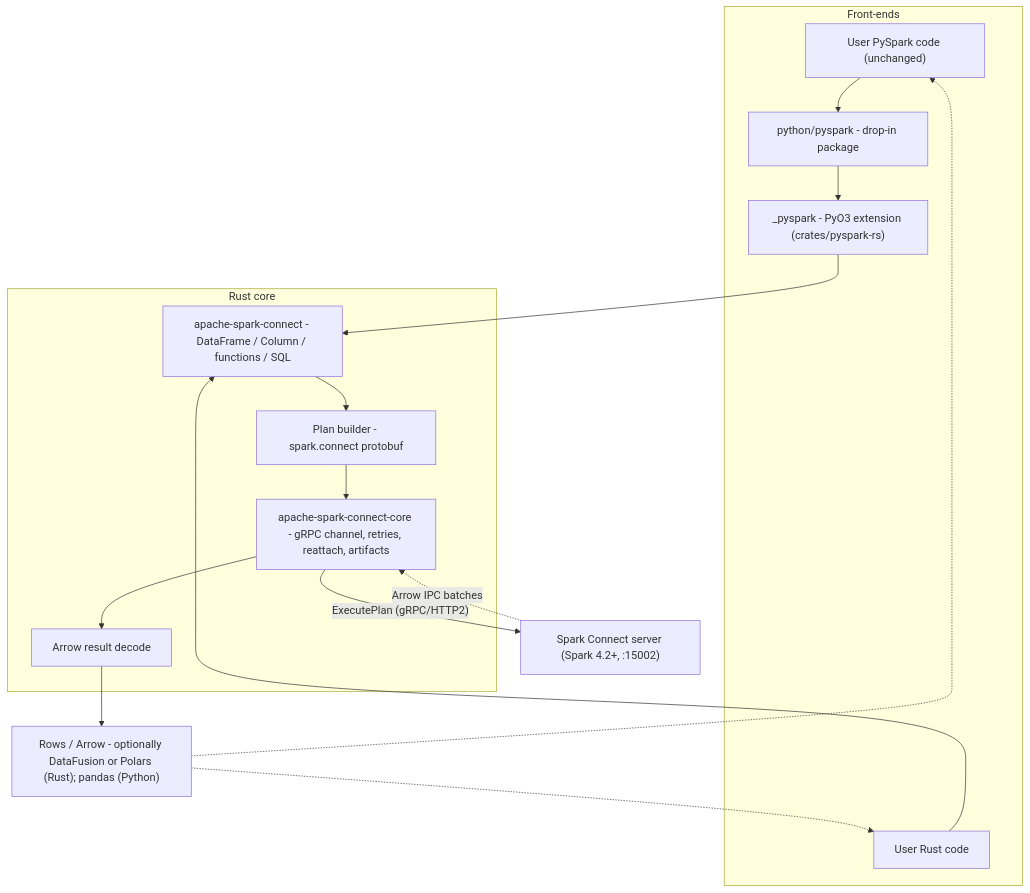
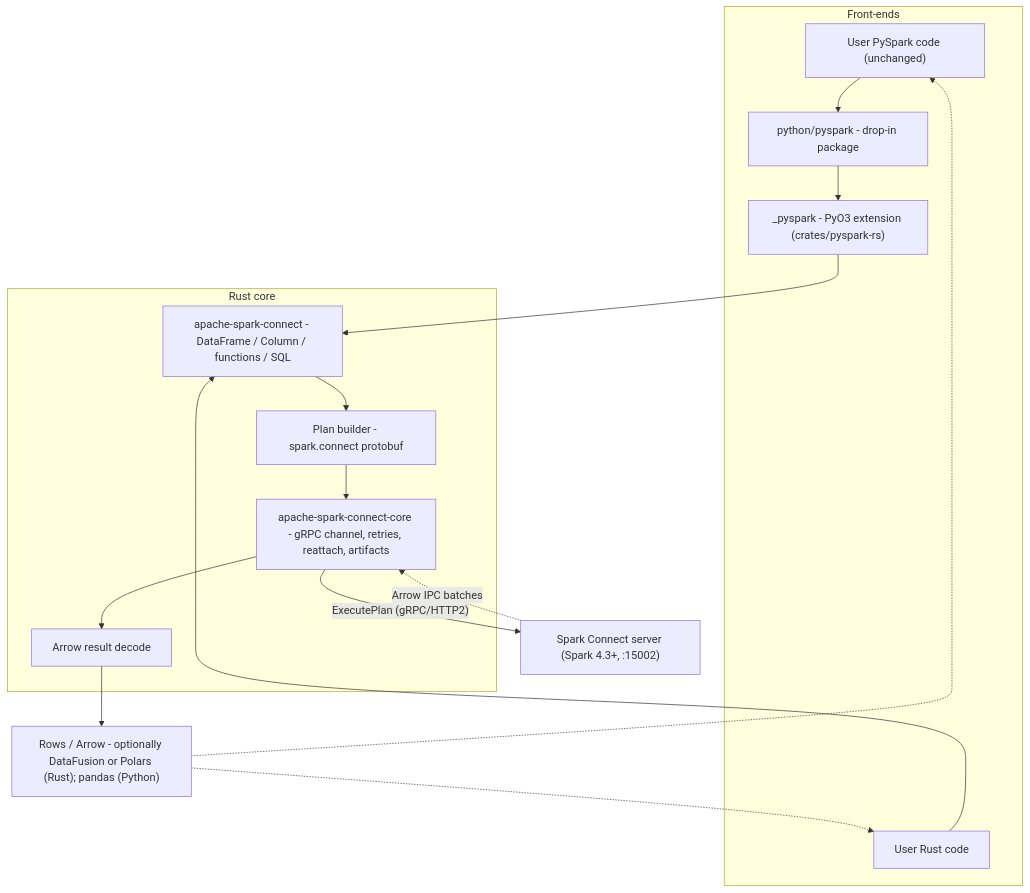
The first of 4 diagrams in docs/architecture.md (apache/spark-connect-rust), drawn with Mermaid before and after one commit. The commit also changed 94 other files, not shown here.

First line of the commit message:
[SPARK-59305][CONNECT] Track Apache Spark 4.3.0: retarget CI to the release, re-vendor upstream, and close 4.3.0 client gaps

````diff
--- a/docs/architecture.md
+++ b/docs/architecture.md
@@ -23,28 +23,28 @@
 ```mermaid
 flowchart TD
     subgraph front["Front-ends"]
         PY["User PySpark code (unchanged)"]
         SKIN["python/pyspark - drop-in package"]
         EXT["_pyspark - PyO3 extension (crates/pyspark-rs)"]
         RS["User Rust code"]
     end
 
     subgraph core["Rust core"]
         API["apache-spark-connect - DataFrame / Column / functions / SQL"]
         PLAN["Plan builder - spark.connect protobuf"]
         XPORT["apache-spark-connect-core - gRPC channel, retries, reattach, artifacts"]
         ARROW["Arrow result decode"]
     end
 
-    SERVER["Spark Connect server (Spark 4.2+, :15002)"]
+    SERVER["Spark Connect server (Spark 4.3+, :15002)"]
     OUT["Rows / Arrow - optionally DataFusion or Polars (Rust); pandas (Python)"]
 
     PY --> SKIN --> EXT --> API
     RS --> API
     API --> PLAN --> XPORT
     XPORT -->|"ExecutePlan (gRPC/HTTP2)"| SERVER
     SERVER -.->|"Arrow IPC batches"| XPORT
     XPORT --> ARROW --> OUT
     OUT -.-> PY
     OUT -.-> RS
 ```
````
